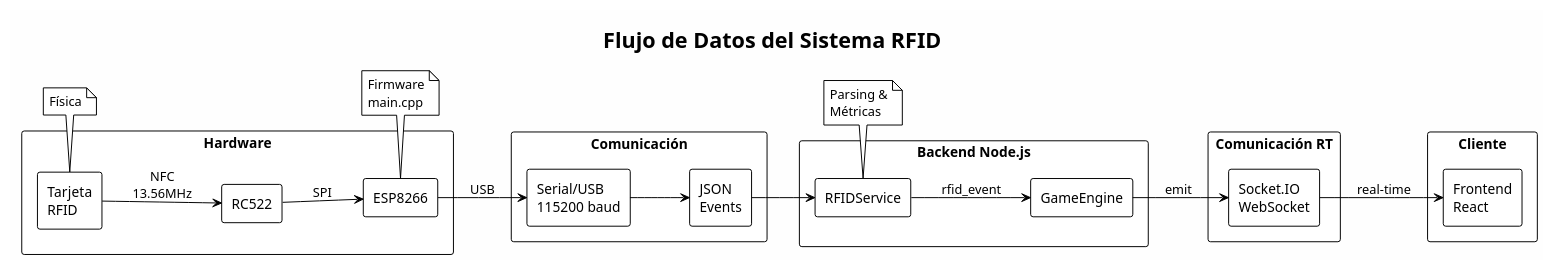
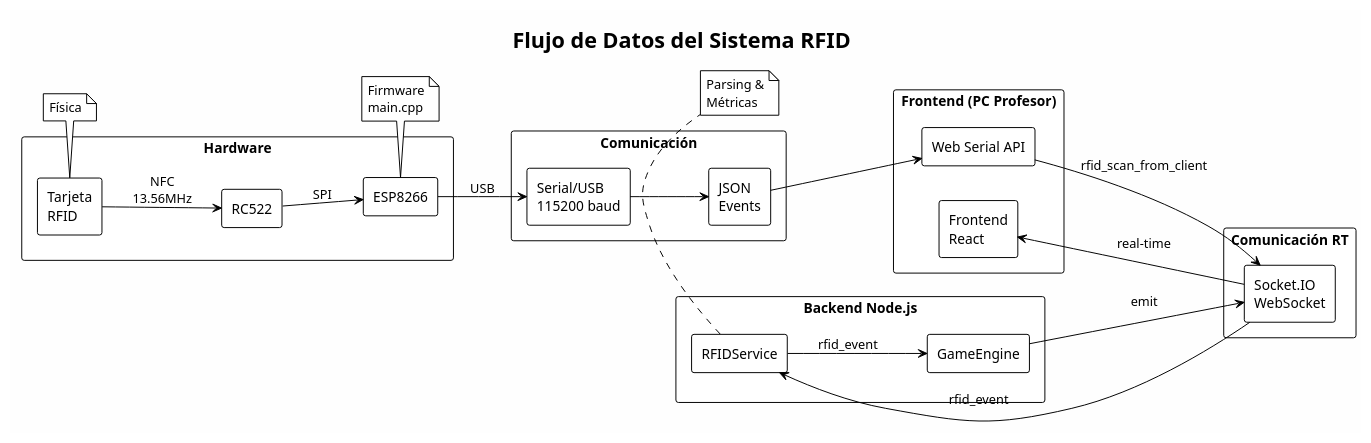
The diagram in backend/docs/diagrams/rfid_data_flow.puml (Samuel-Prog-CSec/TFG-IoT), drawn with PlantUML before and after one commit. The commit also changed 37 other files, not shown here.

First line of the commit message:
feat: migración de la arquitectura RFID a la API Web Serial

```diff
--- a/backend/docs/diagrams/rfid_data_flow.puml
+++ b/backend/docs/diagrams/rfid_data_flow.puml
@@ -1,58 +1,61 @@
 @startuml RFID_Data_Flow
 
 !theme plain
 skinparam backgroundColor #FEFEFE
 skinparam componentStyle rectangle
 
 title Flujo de Datos del Sistema RFID
 
 left to right direction
 
 rectangle "Hardware" {
     [Tarjeta\nRFID] as Card
     [RC522] as Reader
     [ESP8266] as MCU
 }
 
 rectangle "Comunicación" {
-    [Serial/USB\n115200 baud] as Serial
-    [JSON\nEvents] as JSON
+  [Serial/USB\n115200 baud] as Serial
+  [JSON\nEvents] as JSON
+}
+
+rectangle "Frontend (PC Profesor)" {
+  [Web Serial API] as WebSerial
+  [Frontend\nReact] as FE
+}
+
+rectangle "Comunicación RT" {
+  [Socket.IO\nWebSocket] as WS
 }
 
 rectangle "Backend Node.js" {
-    [RFIDService] as RFID
-    [GameEngine] as Engine
-}
-
-rectangle "Comunicación RT" {
-    [Socket.IO\nWebSocket] as WS
-}
-
-rectangle "Cliente" {
-    [Frontend\nReact] as FE
+  [RFIDService] as RFID
+  [GameEngine] as Engine
 }
 
 Card --> Reader : NFC\n13.56MHz
 Reader --> MCU : SPI
 MCU --> Serial : USB
 Serial --> JSON
-JSON --> RFID
+JSON --> WebSerial
+WebSerial --> WS : rfid_scan_from_client
+WS --> RFID : rfid_event
 RFID --> Engine : rfid_event
 Engine --> WS : emit
 WS --> FE : real-time
 
 note bottom of Card
   Física
 end note
 
 note bottom of MCU
   Firmware
   main.cpp
 end note
 
 note bottom of RFID
   Parsing &
   Métricas
 end note
 
 @enduml
```
